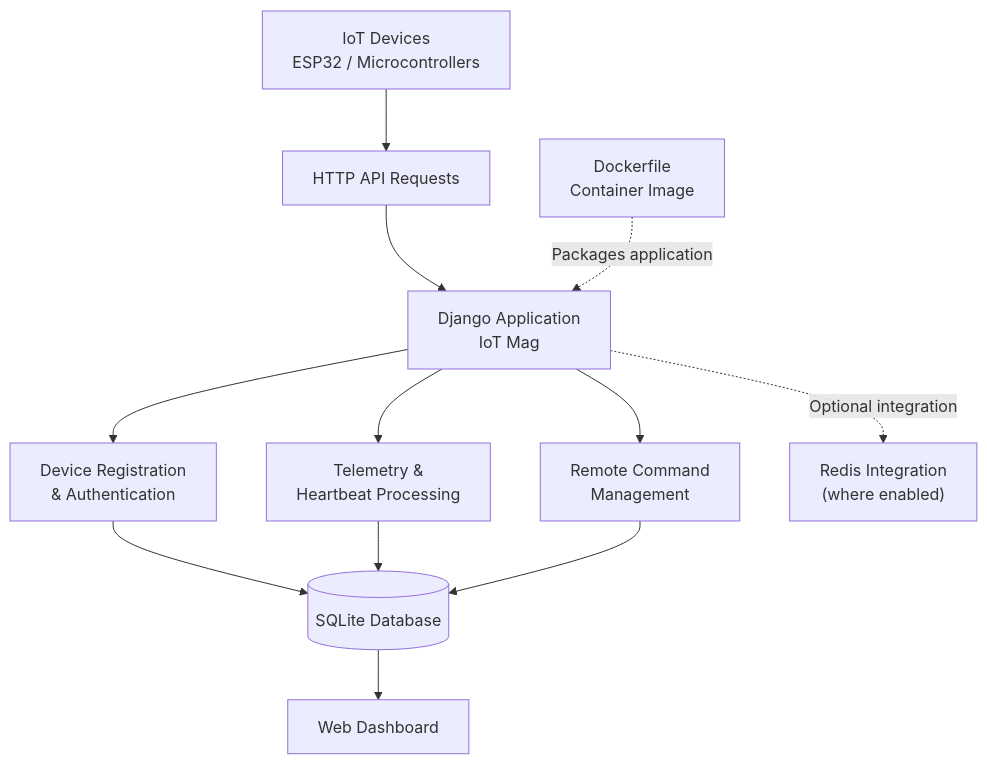
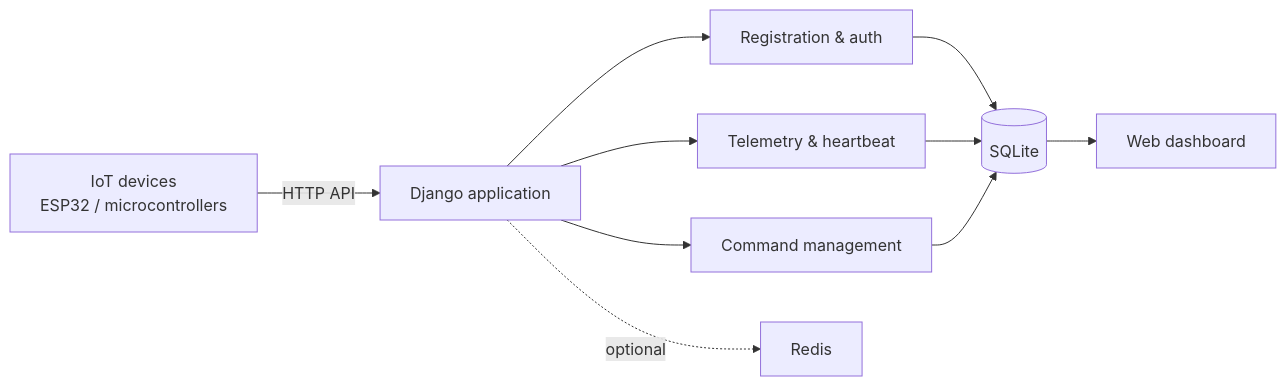
Before and after one commit to httpsanjay/IoTMag-Iot-Device-Managemnet-and-Control: the first of 2 diagrams in README.md, drawn with Mermaid. The commit also changed other lines of this file, not shown here.

````diff
--- a/README.md
+++ b/README.md
@@ -150,25 +92,10 @@
 ```mermaid
-flowchart TD
-    A["IoT Devices<br/>ESP32 / Microcontrollers"]
-    B["HTTP API Requests"]
-    C["Django Application<br/>IoT Mag"]
-    D["Device Registration<br/>& Authentication"]
-    E["Telemetry &<br/>Heartbeat Processing"]
-    F["Remote Command<br/>Management"]
-    G[("SQLite Database")]
-    H["Web Dashboard"]
-    I["Redis Integration<br/>(where enabled)"]
-    J["Dockerfile<br/>Container Image"]
-
-    A --> B
-    B --> C
-    C --> D
-    C --> E
-    C --> F
-    D --> G
-    E --> G
-    F --> G
-    G --> H
-    C -. "Optional integration" .-> I
-    J -. "Packages application" .-> C
+flowchart LR
+    A["IoT devices<br/>ESP32 / microcontrollers"] -- HTTP API --> B["Django application"]
+    B --> C["Registration & auth"]
+    B --> D["Telemetry & heartbeat"]
+    B --> E["Command management"]
+    C & D & E --> F[("SQLite")]
+    F --> G["Web dashboard"]
+    B -. optional .-> H["Redis"]
 ```
````
